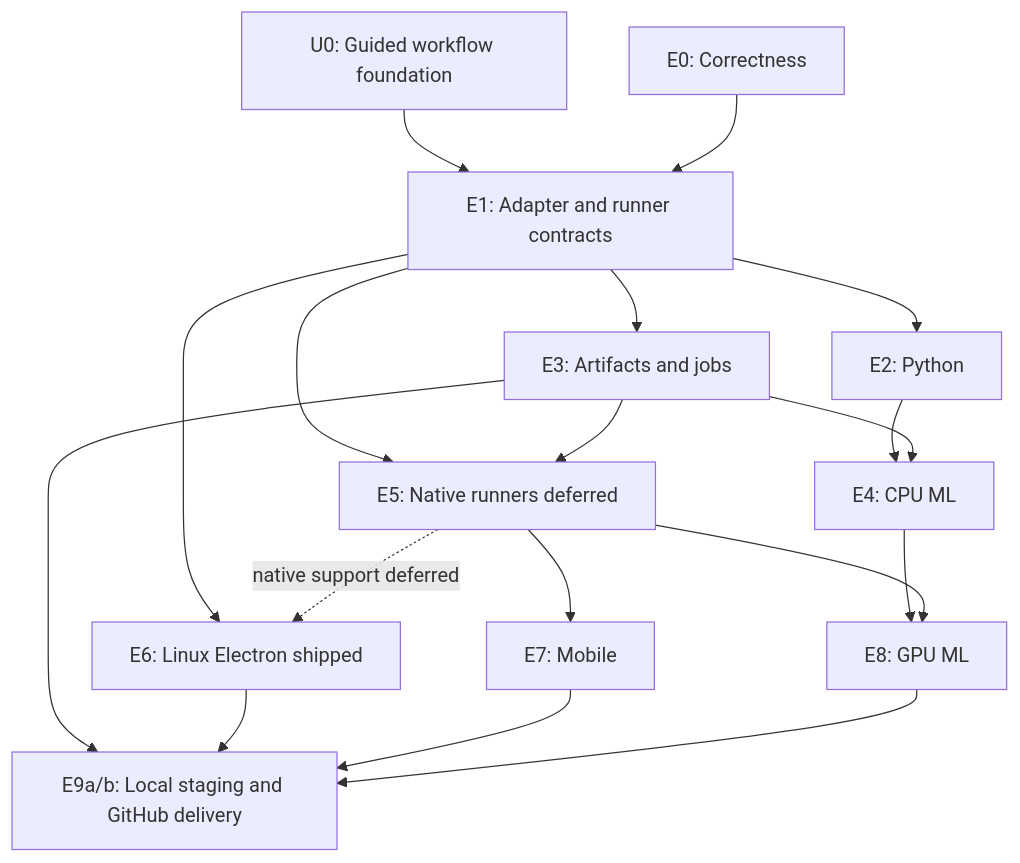
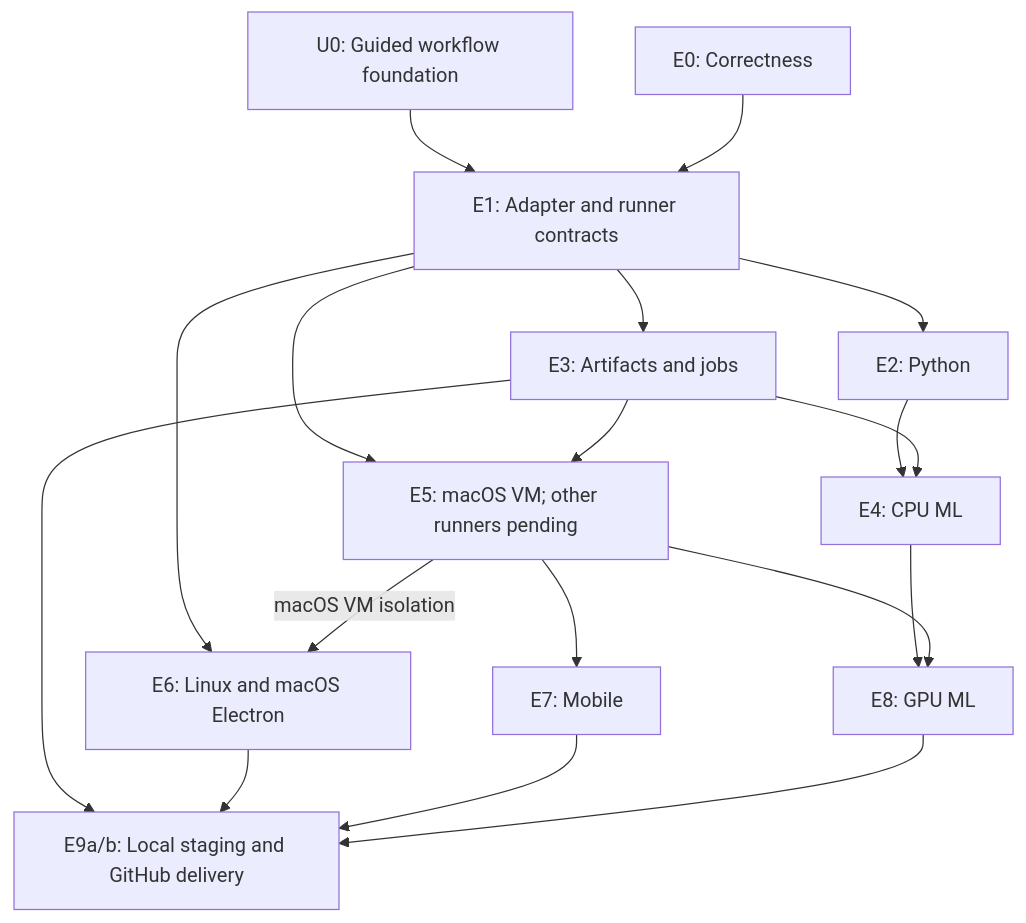
Before and after one commit to BleOdel/agent-harness: the diagram in NEXT.md, drawn with Mermaid. The commit also changed other lines of this file and 23 other files, not shown here.

Commit message:
Add isolated macOS Electron GUI diagnostics

````diff
--- a/NEXT.md
+++ b/NEXT.md
@@ -148,20 +148,20 @@
 ```mermaid
 flowchart TD
   U0["U0: Guided workflow foundation"] --> E1["E1: Adapter and runner contracts"]
   E0["E0: Correctness"] --> E1
   E1 --> E2["E2: Python"]
   E1 --> E3["E3: Artifacts and jobs"]
   E2 --> E4["E4: CPU ML"]
   E3 --> E4
-  E1 --> E5["E5: Native runners deferred"]
+  E1 --> E5["E5: macOS VM; other runners pending"]
   E3 --> E5
-  E1 --> E6["E6: Linux Electron shipped"]
-  E5 -.->|native support deferred| E6
+  E1 --> E6["E6: Linux and macOS Electron"]
+  E5 -->|macOS VM isolation| E6
   E5 --> E7["E7: Mobile"]
   E4 --> E8["E8: GPU ML"]
   E5 --> E8
   E3 --> E9["E9a/b: Local staging and GitHub delivery"]
   E6 --> E9
   E7 --> E9
   E8 --> E9
 ```
````
